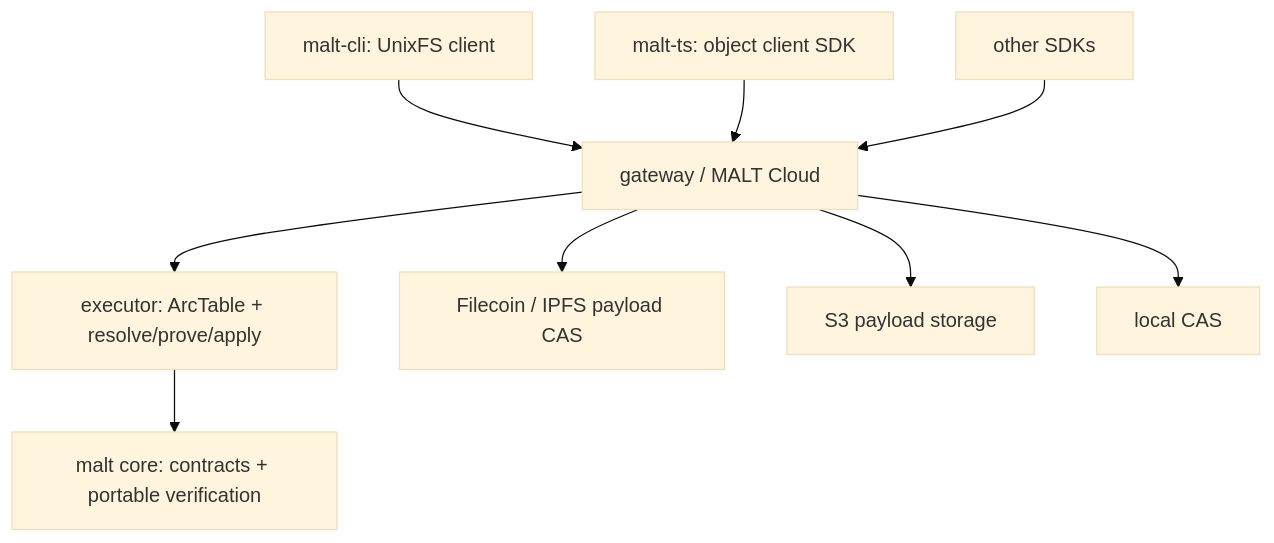
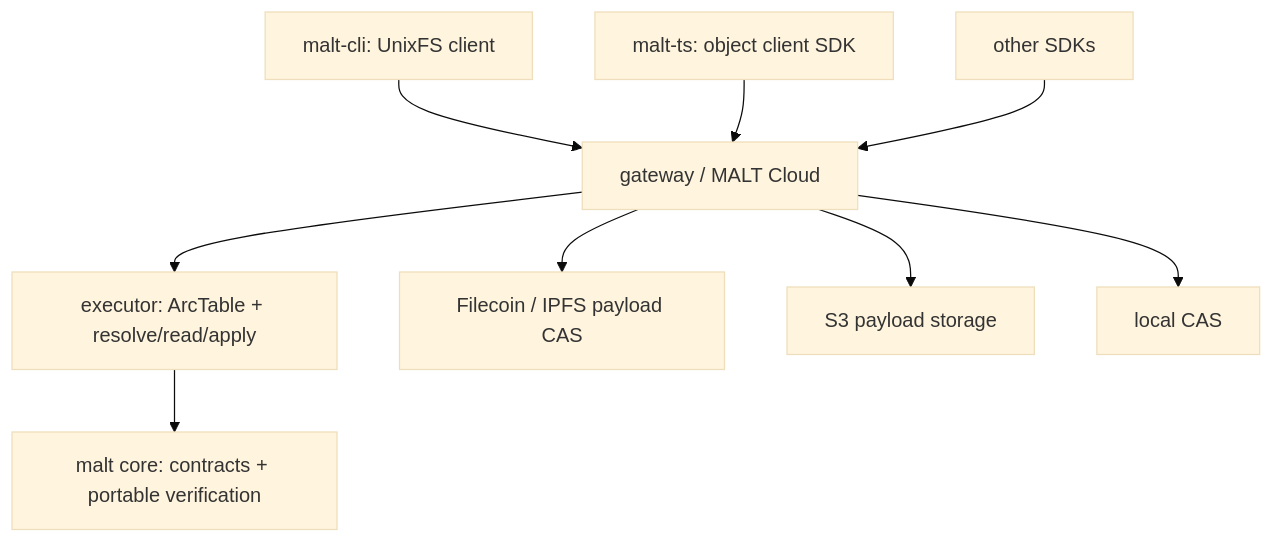
One commit to DeWebProtocol/.github changed the second of 2 diagrams in profile/README.md. Above: the diagram before and after it, drawn with Mermaid (base theme). The commit also changed other lines of this file and 1 other file, not shown here.

Commit message:
docs: align resolve read contracts

````diff
--- a/profile/README.md
+++ b/profile/README.md
@@ -147,11 +150,11 @@
 ```mermaid
 flowchart TB
   cli["malt-cli: UnixFS client"] --> gateway["gateway / MALT Cloud"]
   ts["malt-ts: object client SDK"] --> gateway
   other["other SDKs"] --> gateway
-  gateway --> executor["executor: ArcTable + resolve/prove/apply"]
+  gateway --> executor["executor: ArcTable + resolve/read/apply"]
   executor --> core["malt core: contracts + portable verification"]
   gateway --> filecoin["Filecoin / IPFS payload CAS"]
   gateway --> s3["S3 payload storage"]
   gateway --> local["local CAS"]
 ```
````
